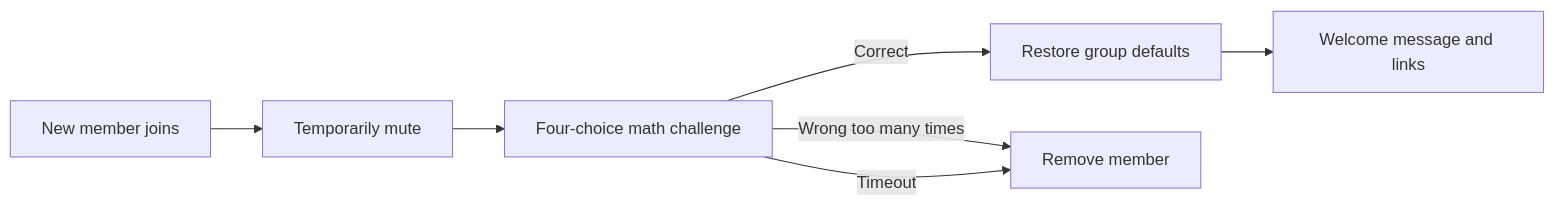
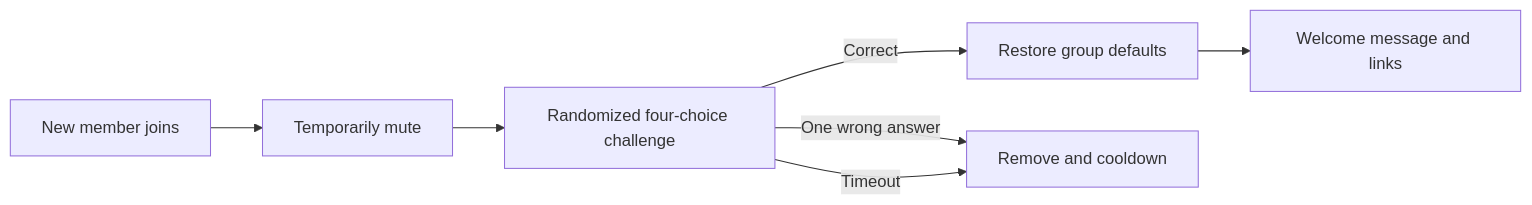
The diagram in README.md (wxcydzcc/telegram-group-verification-bot), drawn with Mermaid before and after one commit. The commit also changed other lines of this file and 5 other files, not shown here.

````diff
--- a/README.md
+++ b/README.md
@@ -13,9 +13,9 @@
 ```mermaid
 flowchart LR
     J[New member joins] --> M[Temporarily mute]
-    M --> Q[Four-choice math challenge]
+    M --> Q[Randomized four-choice challenge]
     Q -->|Correct| P[Restore group defaults]
     P --> W[Welcome message and links]
-    Q -->|Wrong too many times| K[Remove member]
+    Q -->|One wrong answer| K[Remove and cooldown]
     Q -->|Timeout| K
 ```
````
